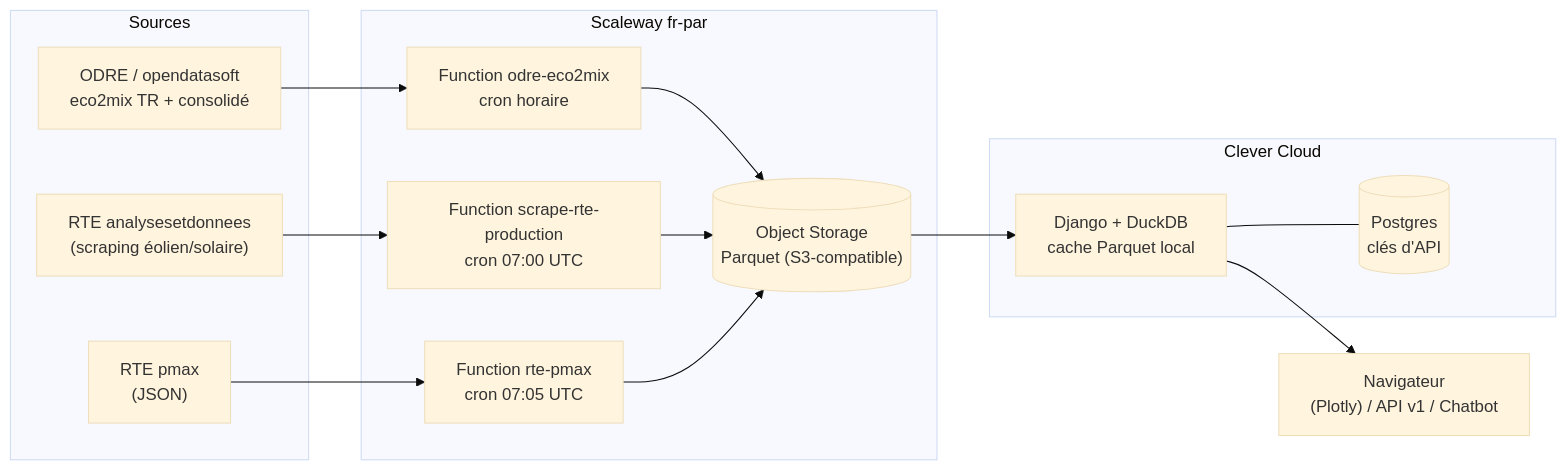
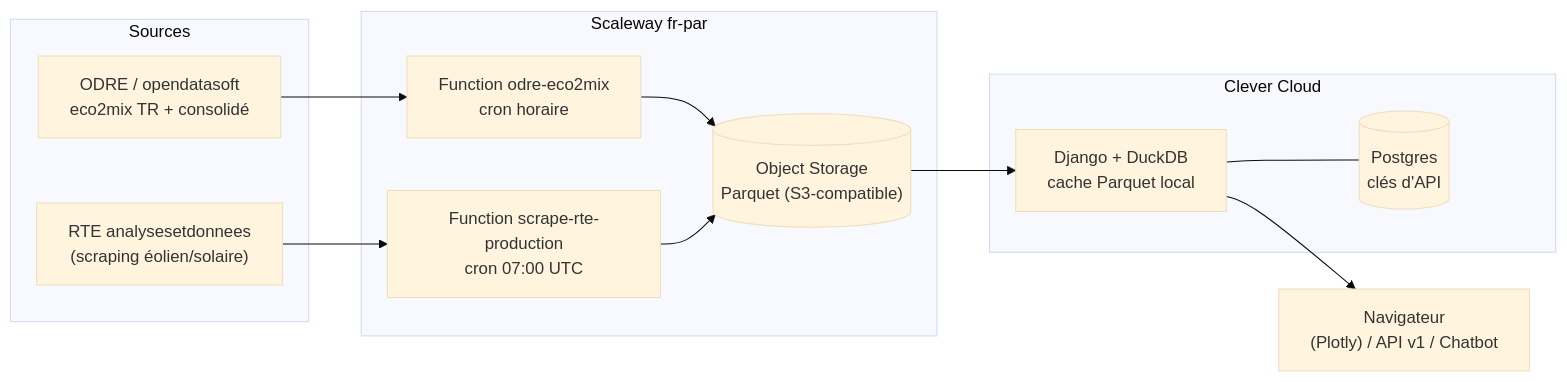
One commit to nad213/electricity-project changed the diagram in docs/01-architecture.md. Above: the diagram before and after it, drawn with Mermaid (base theme). The commit also changed other lines of this file and 13 other files, not shown here.

First line of the commit message:
chore(etl+webapp): retire toute la chaîne rte_pmax (données source peu fiables)

````diff
--- a/docs/01-architecture.md
+++ b/docs/01-architecture.md
@@ -7,27 +7,24 @@
 ```mermaid
 flowchart LR
     subgraph Sources
         ODRE["ODRE / opendatasoft<br/>eco2mix TR + consolidé"]
         RTE1["RTE analysesetdonnees<br/>(scraping éolien/solaire)"]
-        RTE2["RTE pmax<br/>(JSON)"]
     end
 
     subgraph SCW["Scaleway fr-par"]
         L1["Function odre-eco2mix<br/>cron horaire"]
         L2["Function scrape-rte-production<br/>cron 07:00 UTC"]
-        L3["Function rte-pmax<br/>cron 07:05 UTC"]
         S3[("Object Storage<br/>Parquet (S3-compatible)")]
     end
 
     subgraph Clever["Clever Cloud"]
         DJ["Django + DuckDB<br/>cache Parquet local"]
         PG[("Postgres<br/>clés d'API")]
     end
 
     ODRE --> L1 --> S3
     RTE1 --> L2 --> S3
-    RTE2 --> L3 --> S3
     S3 --> DJ
     DJ --- PG
     DJ --> U["Navigateur<br/>(Plotly) / API v1 / Chatbot"]
 ```
````
